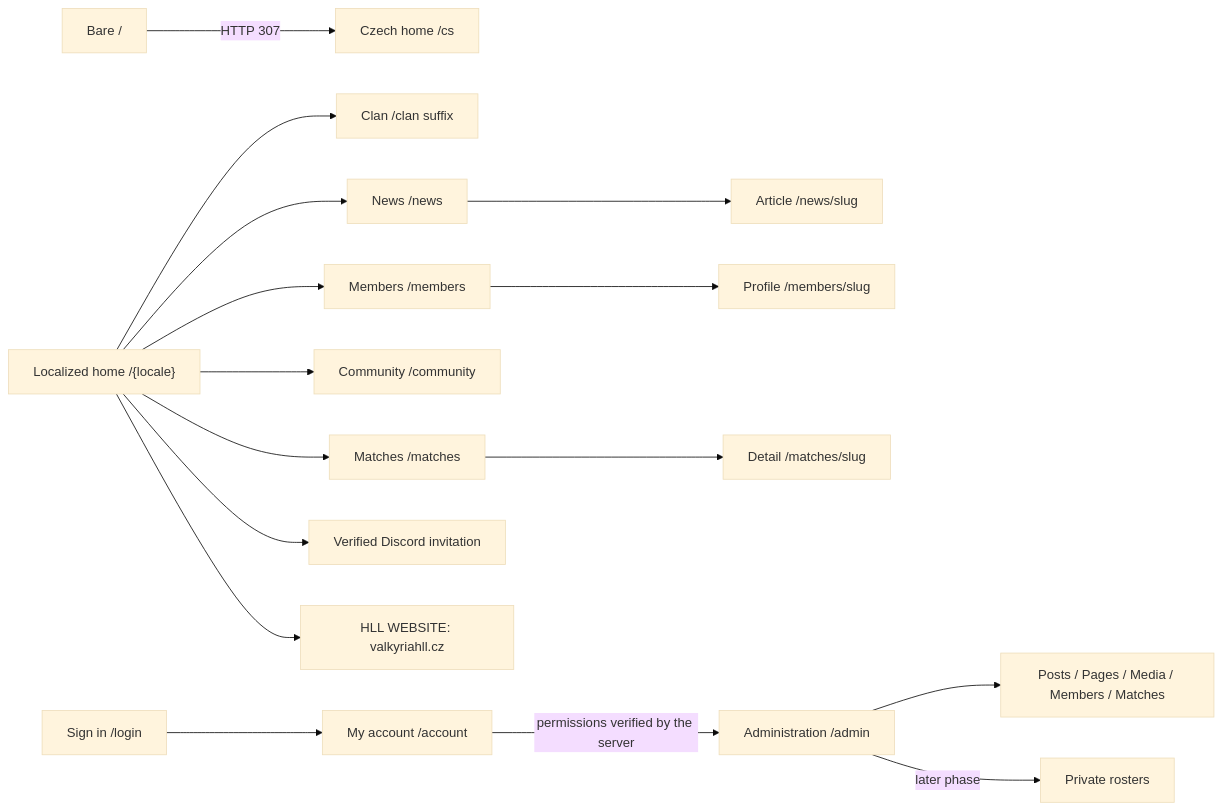
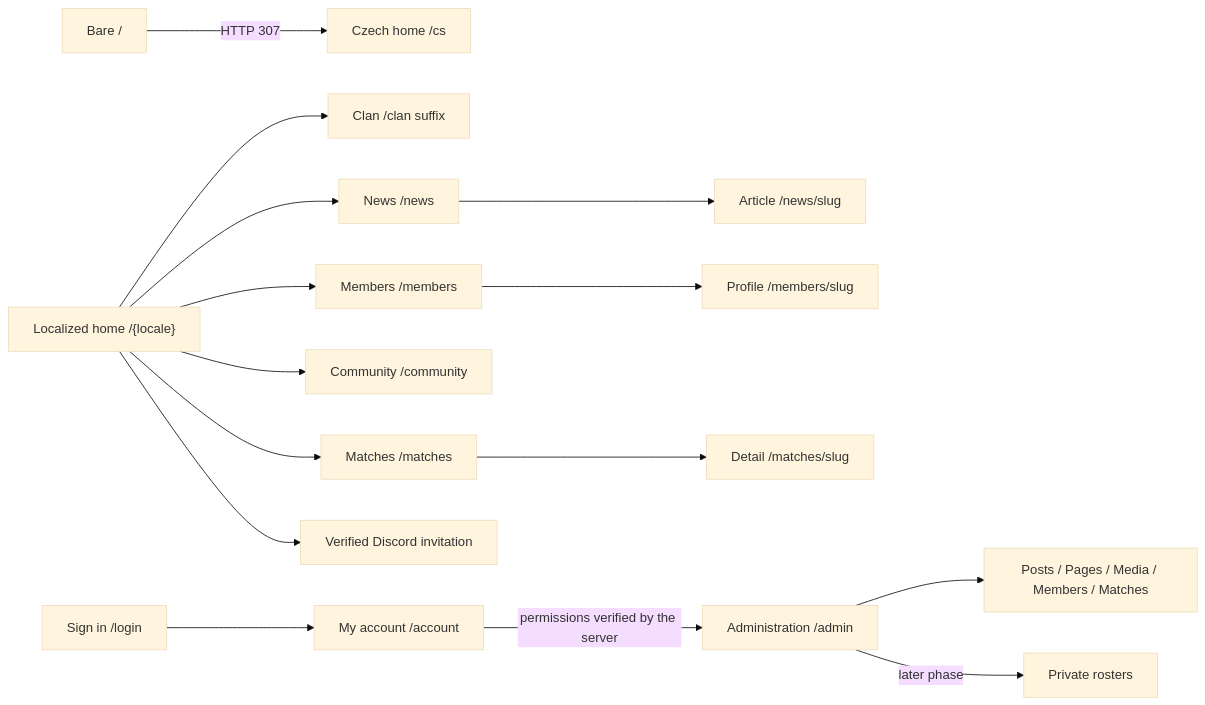
One commit to ValkyriaWDG/www changed the diagram in docs/design/screen-map.md. Above: the diagram before and after it, drawn with Mermaid (base theme). The commit also changed other lines of this file and 73 other files, not shown here.

First line of the commit message:
fix(public): remove all public references to the former HLL website; fix archive display issues

````diff
--- a/docs/design/screen-map.md
+++ b/docs/design/screen-map.md
@@ -45,18 +45,17 @@
 ```mermaid
 flowchart LR
     Root["Bare /"] -->|"HTTP 307"| Default["Czech home /cs"]
     Home["Localized home /{locale}"] --> Clan["Clan /clan suffix"]
     Home --> Members["Members /members"]
     Home --> Matches["Matches /matches"]
     Home --> Community["Community /community"]
     Home --> News["News /news"]
     News --> Article["Article /news/slug"]
     Home --> Discord["Verified Discord invitation"]
-    Home --> HLL["HLL WEBSITE: valkyriahll.cz"]
     Members --> Member["Profile /members/slug"]
     Matches --> Match["Detail /matches/slug"]
     Login["Sign in /login"] --> Account["My account /account"]
     Account -->|"permissions verified by the server"| Admin["Administration /admin"]
     Admin --> Content["Posts / Pages / Media / Members / Matches"]
     Admin -->|"later phase"| Lineup["Private rosters"]
 ```
````
